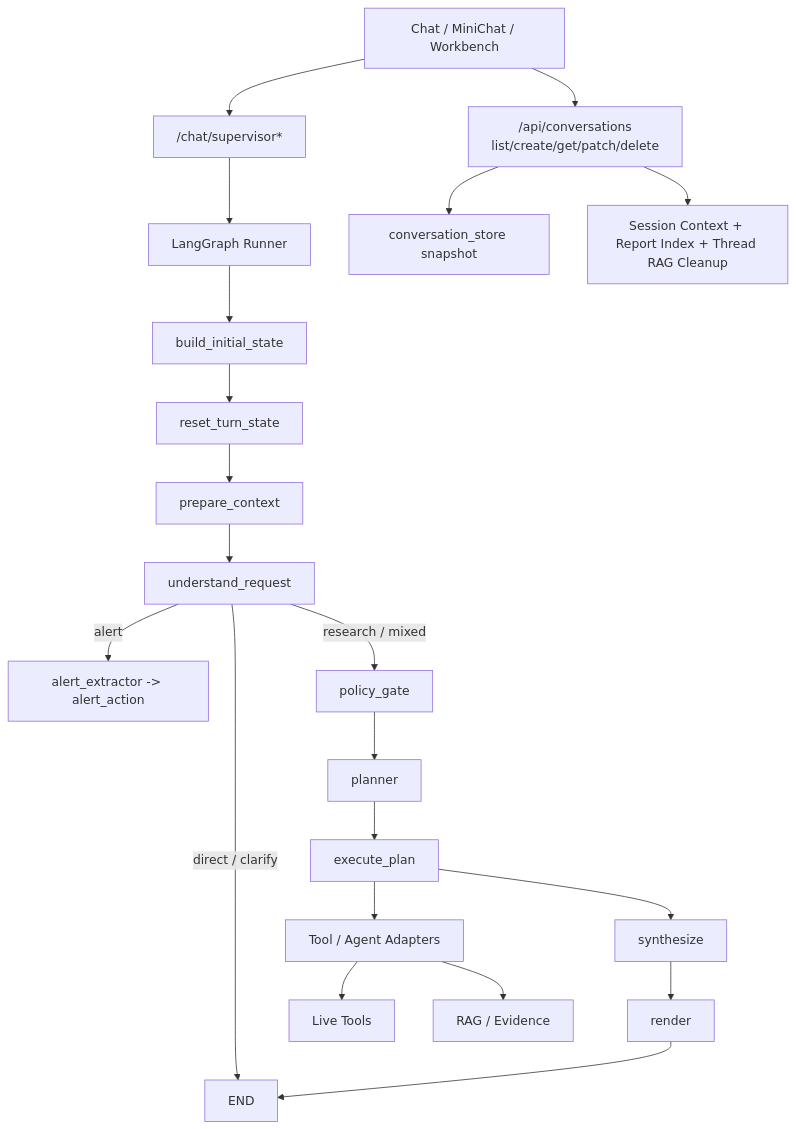
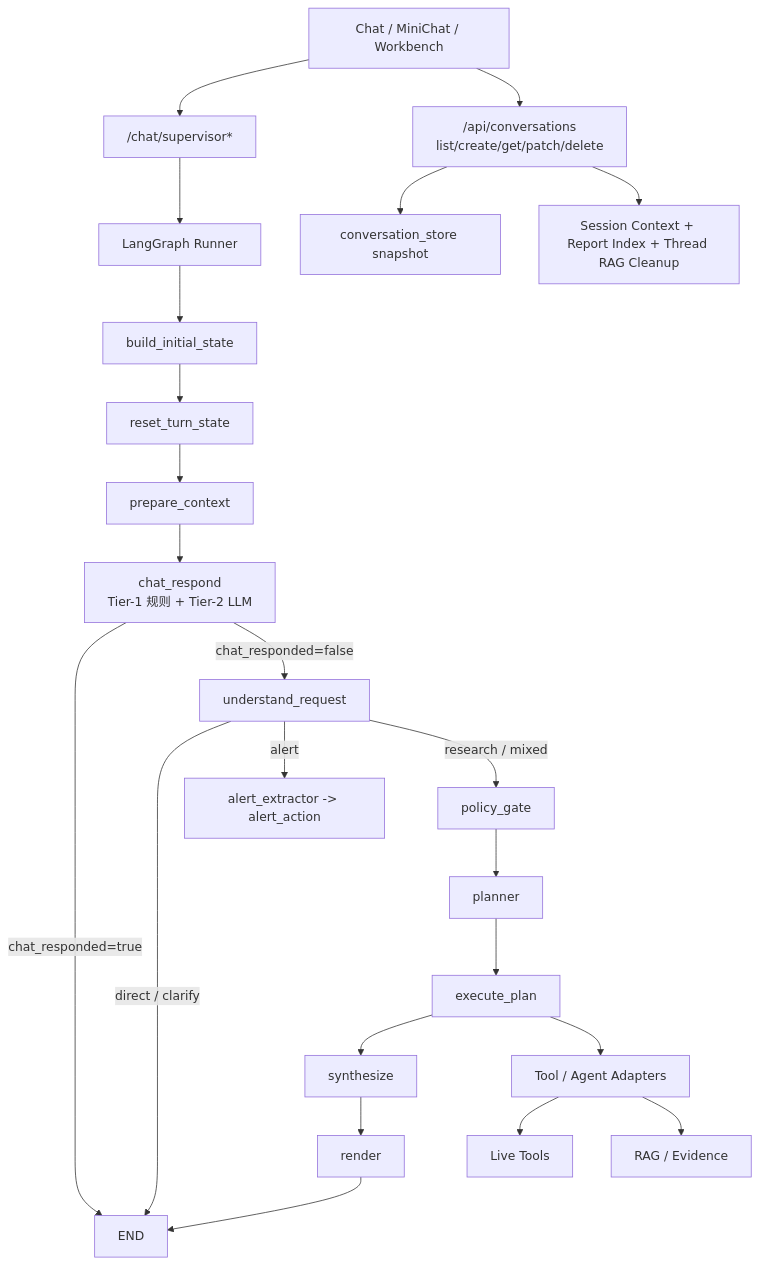
One commit to kkkano/FinSight changed the first of 4 diagrams in docs/06a_LANGGRAPH_DESIGN_SPEC.md. Above: the diagram before and after it, drawn with Mermaid. The commit also changed other lines of this file and 8 other files, not shown here.

````diff
--- a/docs/06a_LANGGRAPH_DESIGN_SPEC.md
+++ b/docs/06a_LANGGRAPH_DESIGN_SPEC.md
@@ -41,23 +41,25 @@
 ```mermaid
 flowchart TD
   UI[Chat / MiniChat / Workbench] --> CHAT["/chat/supervisor*"]
   UI --> CONV["/api/conversations<br/>list/create/get/patch/delete"]
   CHAT --> RUNNER[LangGraph Runner]
   RUNNER --> INIT[build_initial_state]
   INIT --> RESET[reset_turn_state]
   RESET --> PREPARE[prepare_context]
-  PREPARE --> UNDERSTAND[understand_request]
+  PREPARE --> CHATRESP[chat_respond<br/>Tier-1 规则 + Tier-2 LLM]
+  CHATRESP -->|chat_responded=true| ENDNODE[END]
+  CHATRESP -->|chat_responded=false| UNDERSTAND[understand_request]
   UNDERSTAND -->|direct / clarify| ENDNODE[END]
   UNDERSTAND -->|alert| ALERT[alert_extractor -> alert_action]
   UNDERSTAND -->|research / mixed| POLICY[policy_gate]
   POLICY --> PLAN[planner]
   PLAN --> EXEC[execute_plan]
   EXEC --> SYNTH[synthesize]
   SYNTH --> RENDER[render]
   RENDER --> ENDNODE
   EXEC --> TOOLS[Tool / Agent Adapters]
   TOOLS --> LIVE[Live Tools]
   TOOLS --> RAG[RAG / Evidence]
   CONV --> SNAPSHOT[conversation_store snapshot]
   CONV --> CTX[Session Context + Report Index + Thread RAG Cleanup]
 ```
````
